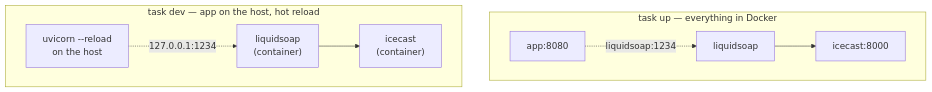
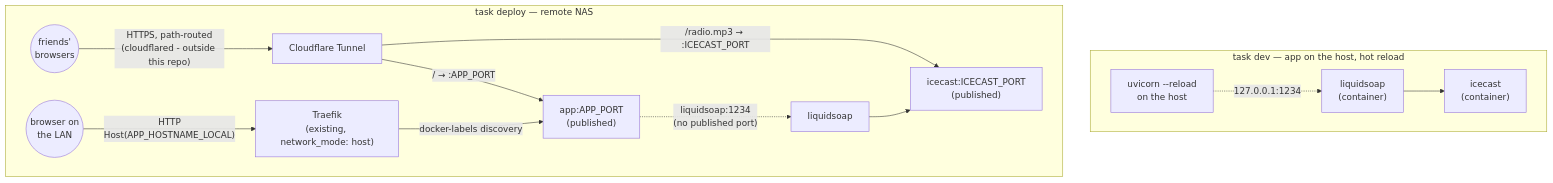
One commit to tsdaemon/tsdfm changed the eighth of 8 diagrams in docs/architecture.md. Above: the diagram before and after it, drawn with Mermaid. The commit also changed other lines of this file and 33 other files, not shown here.

````diff
--- a/docs/architecture.md
+++ b/docs/architecture.md
@@ -225,13 +315,18 @@
 ```mermaid
 flowchart TB
-    subgraph prod["task up — everything in Docker"]
-        direction LR
-        pa["app:8080"] -.->|"liquidsoap:1234"| pl["liquidsoap"]
-        pl --> pi["icecast:8000"]
-    end
     subgraph dev["task dev — app on the host, hot reload"]
         direction LR
         da["uvicorn --reload<br/>on the host"] -.->|"127.0.0.1:1234"| dl["liquidsoap<br/>(container)"]
         dl --> di["icecast<br/>(container)"]
     end
+    subgraph prod["task deploy — remote NAS"]
+        direction LR
+        Public(("friends'<br/>browsers")) -->|"HTTPS, path-routed<br/>(cloudflared - outside this repo)"| CF["Cloudflare Tunnel"]
+        CF -->|"/ → :APP_PORT"| pa["app:APP_PORT<br/>(published)"]
+        CF -->|"/radio.mp3 → :ICECAST_PORT"| pi["icecast:ICECAST_PORT<br/>(published)"]
+        LANuser(("browser on<br/>the LAN")) -->|"HTTP<br/>Host(APP_HOSTNAME_LOCAL)"| Traefik["Traefik<br/>(existing, network_mode: host)"]
+        Traefik -->|"docker-labels discovery"| pa
+        pa -.->|"liquidsoap:1234<br/>(no published port)"| pl["liquidsoap"]
+        pl --> pi
+    end
 ```
````
